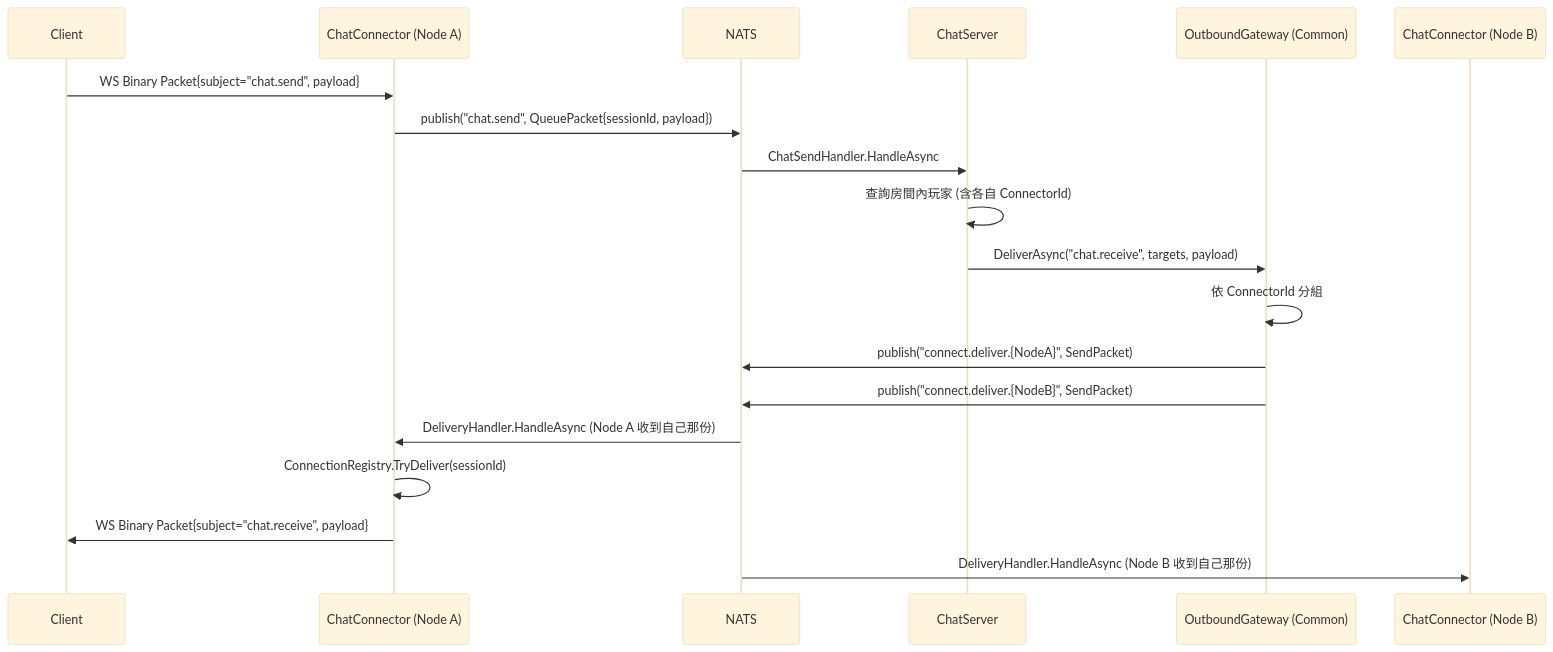
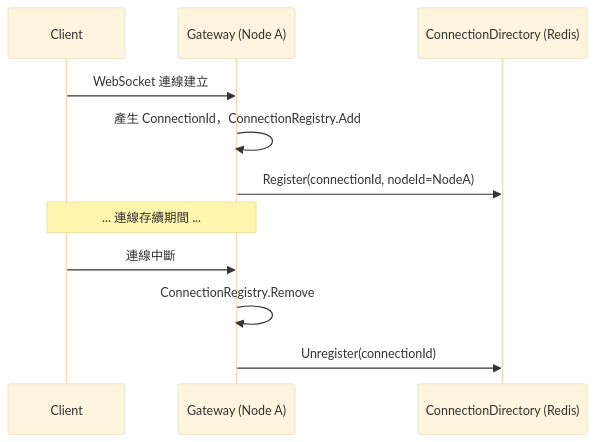
One commit to yggdrasill-dev/ChatSystem changed the second of 3 diagrams in docs/architecture/connection-layer.md. Above: the diagram before and after it, drawn with Mermaid (base theme). The commit also changed other lines of this file, not shown here.

First line of the commit message:
docs(connection-layer): 收斂範圍為純連線層，拆除與使用者管理層的耦合

````diff
--- a/docs/architecture/connection-layer.md
+++ b/docs/architecture/connection-layer.md
@@ -105,22 +98,14 @@
 ```mermaid
 sequenceDiagram
     participant C as Client
-    participant Conn as ChatConnector (Node A)
-    participant Bus as NATS
-    participant Chat as ChatServer
-    participant OG as OutboundGateway (Common)
-    participant ConnB as ChatConnector (Node B)
+    participant GW as Gateway (Node A)
+    participant CD as ConnectionDirectory (Redis)
 
-    C->>Conn: WS Binary Packet{subject="chat.send", payload}
-    Conn->>Bus: publish("chat.send", QueuePacket{sessionId, payload})
-    Bus->>Chat: ChatSendHandler.HandleAsync
-    Chat->>Chat: 查詢房間內玩家 (含各自 ConnectorId)
-    Chat->>OG: DeliverAsync("chat.receive", targets, payload)
-    OG->>OG: 依 ConnectorId 分組
-    OG->>Bus: publish("connect.deliver.{NodeA}", SendPacket)
-    OG->>Bus: publish("connect.deliver.{NodeB}", SendPacket)
-    Bus->>Conn: DeliveryHandler.HandleAsync (Node A 收到自己那份)
-    Conn->>Conn: ConnectionRegistry.TryDeliver(sessionId)
-    Conn->>C: WS Binary Packet{subject="chat.receive", payload}
-    Bus->>ConnB: DeliveryHandler.HandleAsync (Node B 收到自己那份)
+    C->>GW: WebSocket 連線建立
+    GW->>GW: 產生 ConnectionId，ConnectionRegistry.Add
+    GW->>CD: Register(connectionId, nodeId=NodeA)
+    Note over C,GW: ... 連線存續期間 ...
+    C->>GW: 連線中斷
+    GW->>GW: ConnectionRegistry.Remove
+    GW->>CD: Unregister(connectionId)
 ```
````
